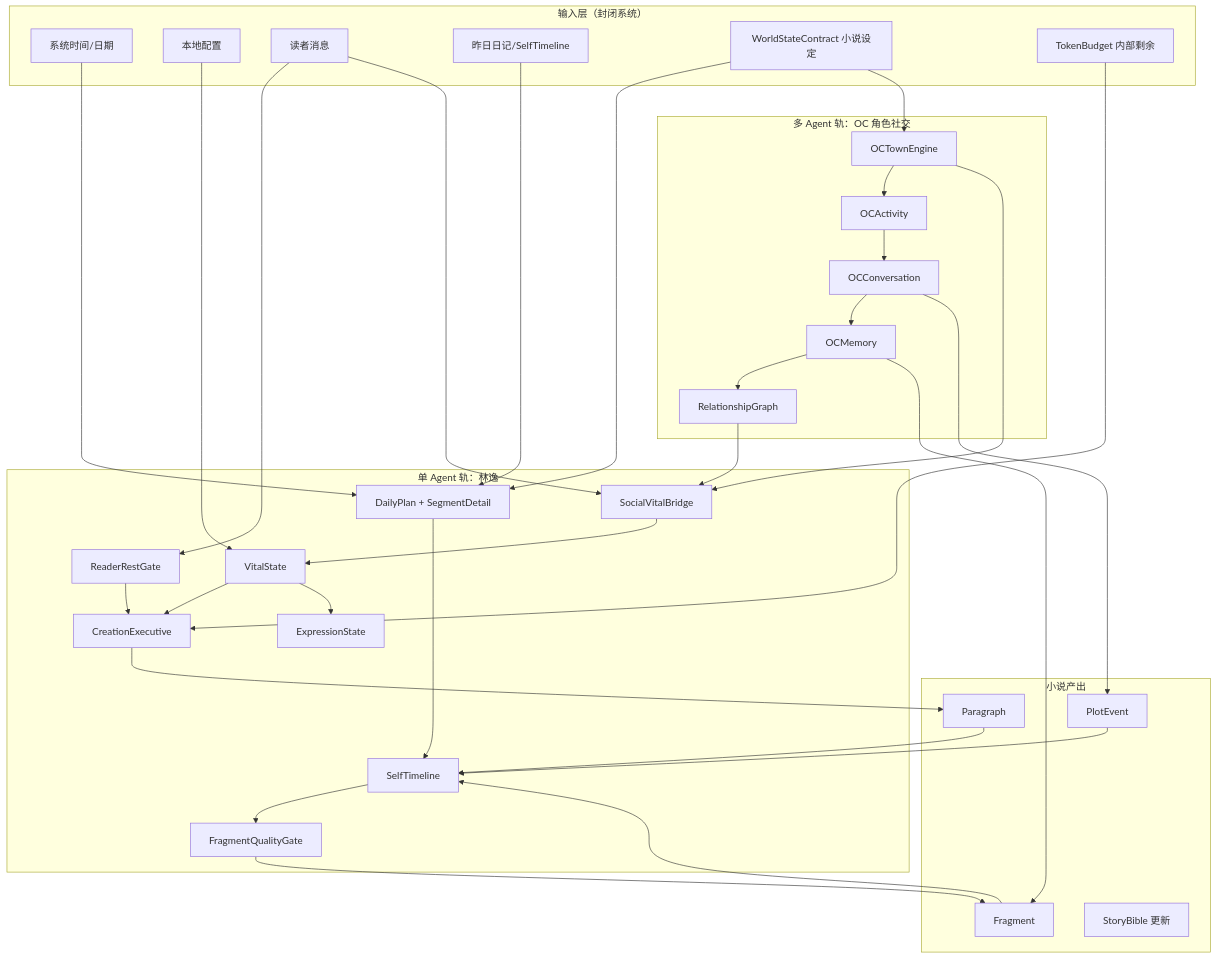
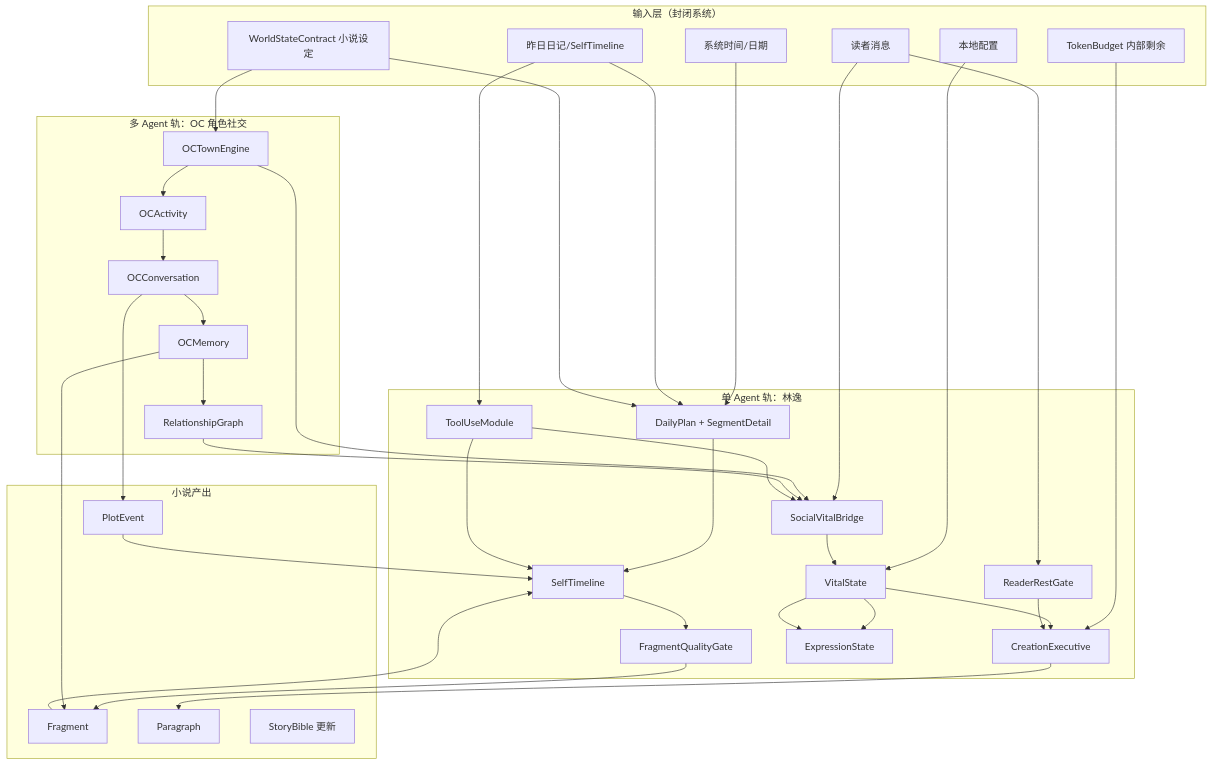
One commit to HeDaas-Code/LinYi changed the first of 4 diagrams in docs/拟人化日程节律与角色社交补强方案_v2.md. Above: the diagram before and after it, drawn with Mermaid. The commit also changed other lines of this file and 3 other files, not shown here.

First line of the commit message:
feat(tools): add MCP-style sandboxed ToolUseModule

````diff
--- a/docs/拟人化日程节律与角色社交补强方案_v2.md
+++ b/docs/拟人化日程节律与角色社交补强方案_v2.md
@@ -109,68 +109,72 @@
 ```mermaid
 flowchart TB
     subgraph Input["输入层（封闭系统）"]
         I1[系统时间/日期]
         I2[本地配置]
         I3[读者消息]
         I4[昨日日记/SelfTimeline]
         I5[WorldStateContract 小说设定]
         I6[TokenBudget 内部剩余]
     end
 
     subgraph Single["单 Agent 轨：林逸"]
         S1[VitalState]
         S2[DailyPlan + SegmentDetail]
         S3[FragmentQualityGate]
         S4[SelfTimeline]
         S5[ReaderRestGate]
         S6[CreationExecutive]
         S7[SocialVitalBridge]
         S8[ExpressionState]
+        S9[ToolUseModule]
     end
 
     subgraph Multi["多 Agent 轨：OC 角色社交"]
         M1[OCTownEngine]
         M2[OCActivity]
         M3[OCConversation]
         M4[OCMemory]
         M5[RelationshipGraph]
     end
 
     subgraph Output["小说产出"]
         O1[Fragment]
         O2[Paragraph]
         O3[PlotEvent]
         O4[StoryBible 更新]
     end
 
     I1 --> S2
     I2 --> S1
     I3 --> S5
     I3 --> S7
     I4 --> S2
     I5 --> S2
     I5 --> M1
     I6 --> S6
 
     S2 --> S4
     S4 --> S3
     S3 --> O1
     S1 --> S6
     S1 --> S8
     S5 --> S6
     S6 --> O2
 
     M1 --> M2
     M2 --> M3
     M3 --> M4
     M4 --> M5
     M3 --> O3
     M4 --> O1
     M1 --> S7
     M5 --> S7
     S7 --> S1
+    S1 --> S8
+    I4 --> S9
+    S9 --> S4
+    S9 --> S7
 
     O1 --> S4
-    O2 --> S4
     O3 --> S4
 ```
````
